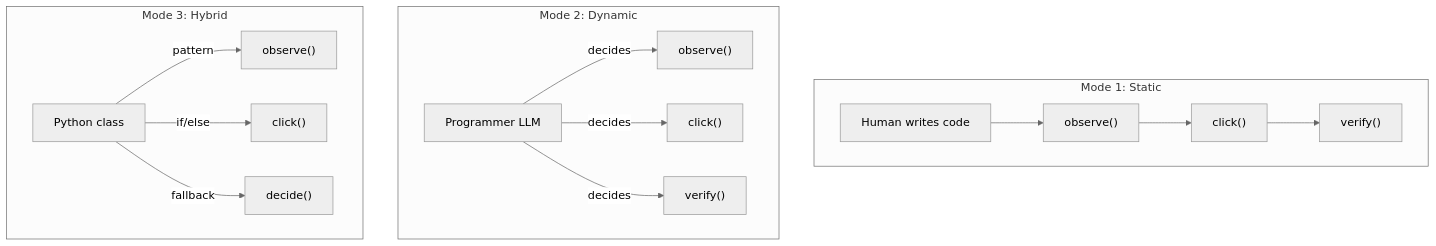
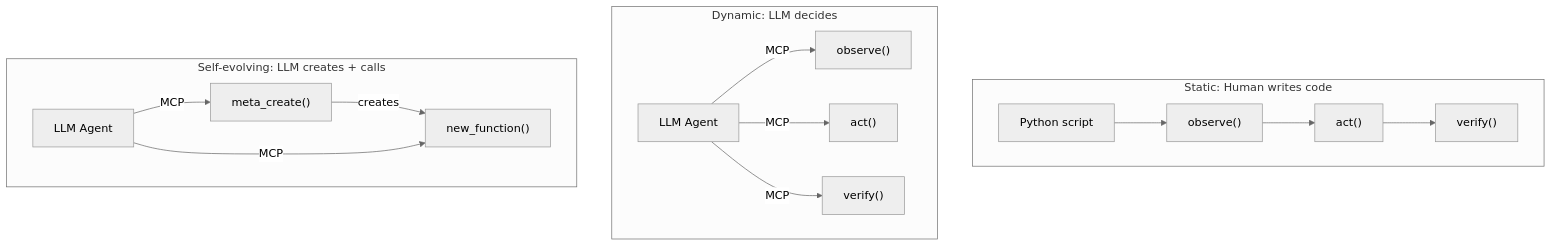
The ninth of 10 diagrams in docs/DESIGN.md (Fzkuji/OpenProgram), drawn with Mermaid (neutral theme) before and after one commit. The commit also changed other lines of this file and 1 other file, not shown here.

First line of the commit message:
v3: Rewrite README + DESIGN.md — Meta Agentic Function, no Programmer role

````diff
--- a/docs/DESIGN.md
+++ b/docs/DESIGN.md
@@ -342,18 +424,18 @@
 ```mermaid
 graph TB
-    subgraph Mode1["Mode 1: Static"]
-        H["Human writes code"] --> F1["observe()"] --> F2["click()"] --> F3["verify()"]
+    subgraph Mode1["Static: Human writes code"]
+        H["Python script"] --> F1["observe()"] --> F2["act()"] --> F3["verify()"]
     end
 
-    subgraph Mode2["Mode 2: Dynamic"]
-        P["Programmer LLM"] --> |decides| FF1["observe()"]
-        P --> |decides| FF2["click()"]
-        P --> |decides| FF3["verify()"]
+    subgraph Mode2["Dynamic: LLM decides"]
+        A["LLM Agent"] -->|MCP| FF1["observe()"]
+        A -->|MCP| FF2["act()"]
+        A -->|MCP| FF3["verify()"]
     end
 
-    subgraph Mode3["Mode 3: Hybrid"]
-        CL["Python class"] --> |pattern| FFF1["observe()"]
-        CL --> |if/else| FFF2["click()"]
-        CL --> |fallback| D["decide()"]
+    subgraph Mode3["Self-evolving: LLM creates + calls"]
+        B["LLM Agent"] -->|MCP| Meta["meta_create()"]
+        Meta -->|creates| New["new_function()"]
+        B -->|MCP| New
     end
 ```
````
